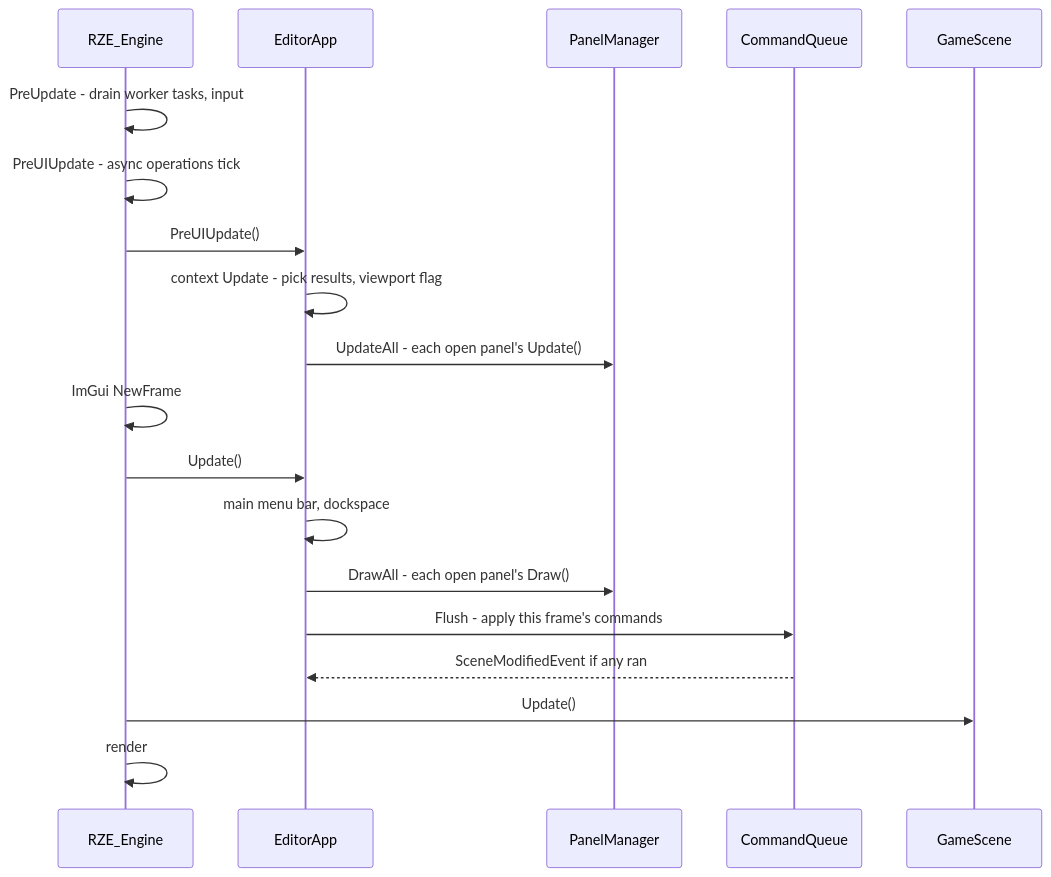
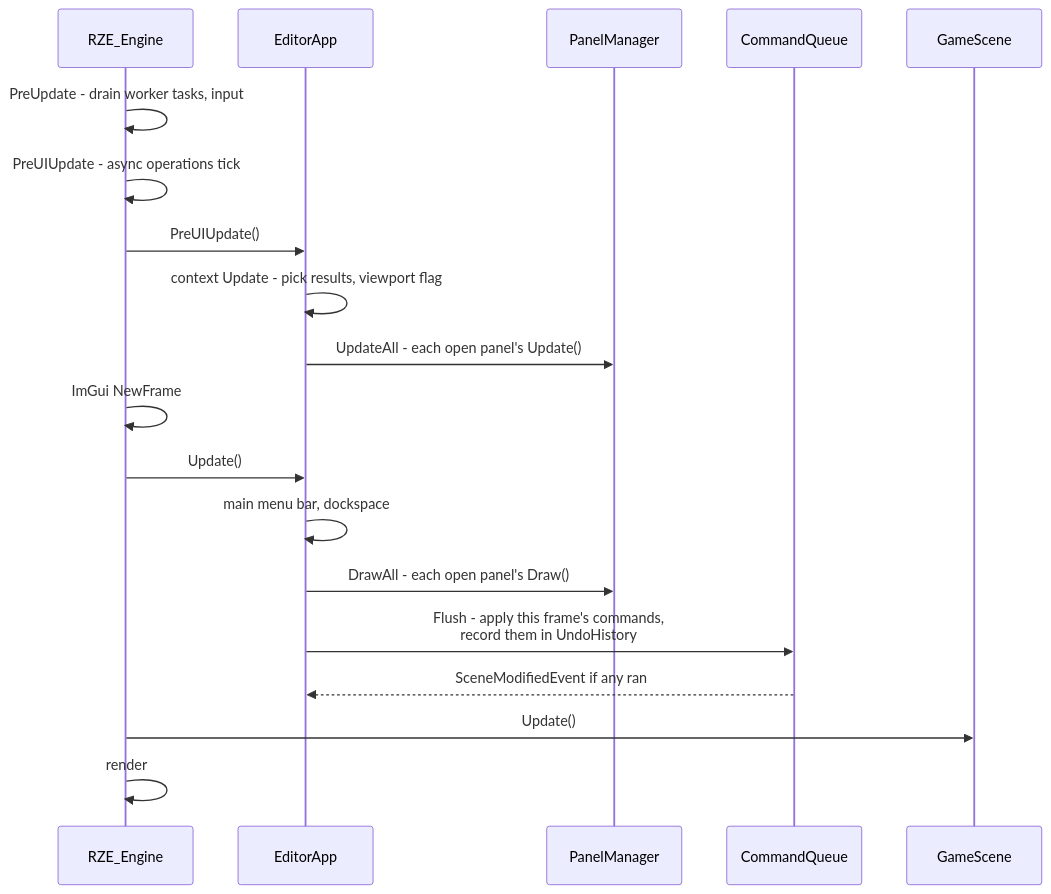
Before and after one commit to b1nary0/RZE: the second of 3 diagrams in Docs/Generated/Engine/07-Editor/Editor-Framework.md, drawn with Mermaid. The commit also changed other lines of this file and 19 other files, not shown here.

````diff
--- a/Docs/Generated/Engine/07-Editor/Editor-Framework.md
+++ b/Docs/Generated/Engine/07-Editor/Editor-Framework.md
@@ -90,22 +92,22 @@
 ```mermaid
 %%{init: {'flowchart': {'subGraphTitleMargin': {'top': 6, 'bottom': 10}}, 'themeCSS': '.labelBkg, .edgeLabel { background-color: var(--background-primary) !important; } .messageText, .labelText, .loopText { paint-order: stroke; stroke: var(--background-primary); stroke-width: 5px; stroke-linejoin: round; }'}}%%
 sequenceDiagram
     participant Eng as RZE_Engine
     participant App as EditorApp
     participant PM as PanelManager
     participant Q as CommandQueue
     participant Scene as GameScene
     Eng->>Eng: PreUpdate - drain worker tasks, input
     Eng->>Eng: PreUIUpdate - async operations tick
     Eng->>App: PreUIUpdate()
     App->>App: context Update - pick results, viewport flag
     App->>PM: UpdateAll - each open panel's Update()
     Eng->>Eng: ImGui NewFrame
     Eng->>App: Update()
     App->>App: main menu bar, dockspace
     App->>PM: DrawAll - each open panel's Draw()
-    App->>Q: Flush - apply this frame's commands
+    App->>Q: Flush - apply this frame's commands,<br/>record them in UndoHistory
     Q-->>App: SceneModifiedEvent if any ran
     Eng->>Scene: Update()
     Eng->>Eng: render
 ```
````
